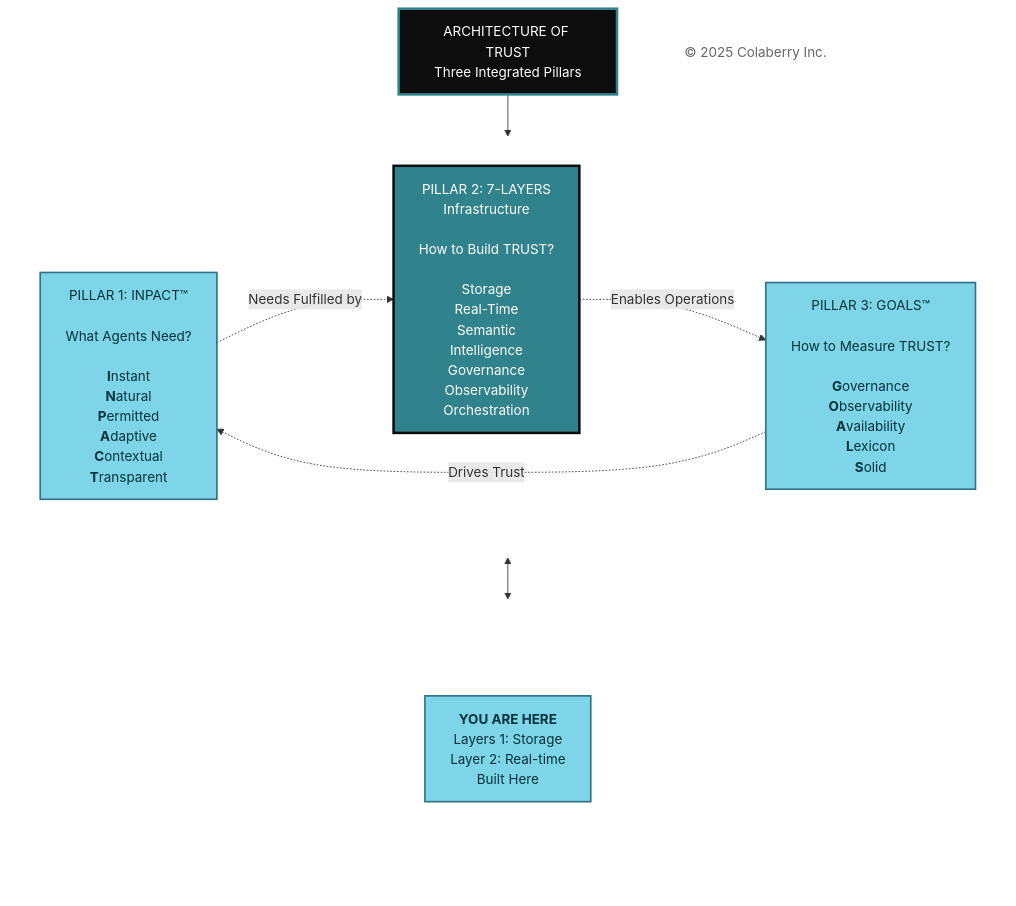
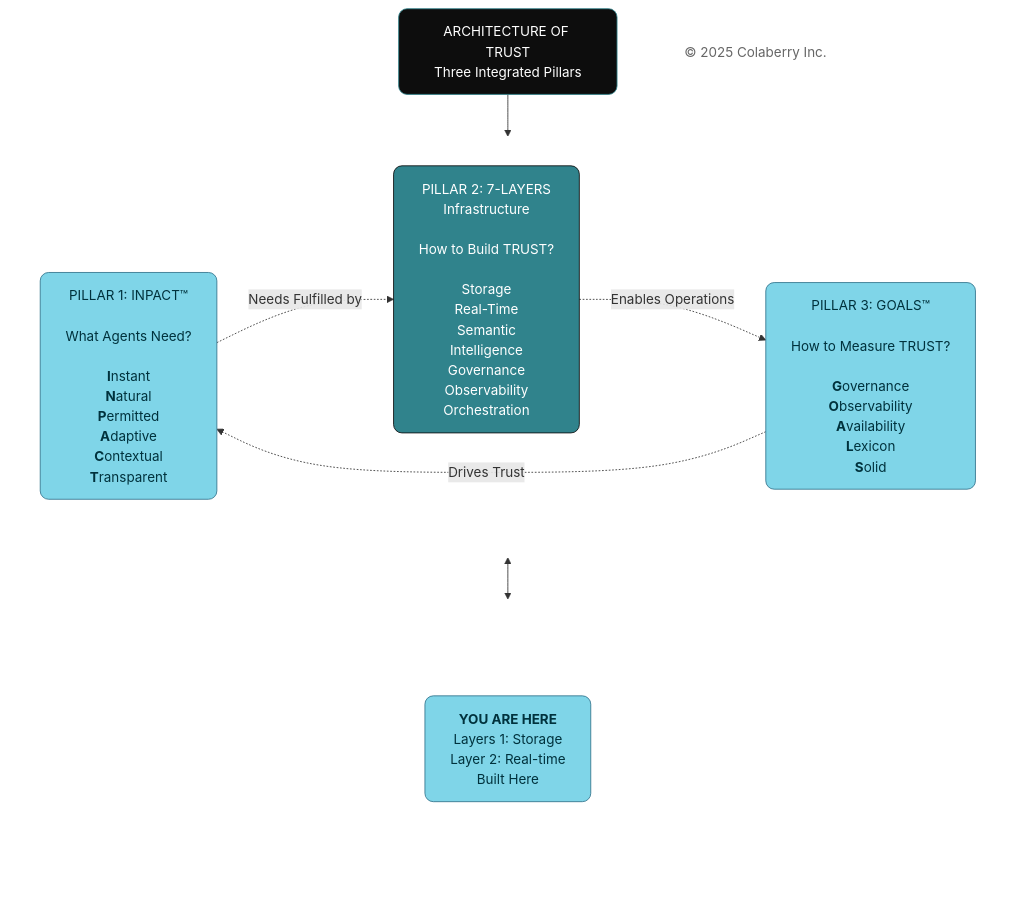
The second of 11 diagrams in manuscript/05_chapter_4_foundation_layers.md (colaberry/trust-before-intelligence-book), drawn with Mermaid before and after one commit. The commit also changed other lines of this file and 12 other files, not shown here.

````diff
--- a/manuscript/05_chapter_4_foundation_layers.md
+++ b/manuscript/05_chapter_4_foundation_layers.md
@@ -54,43 +54,43 @@
 ```mermaid
 
 graph TB
     Title["ARCHITECTURE OF TRUST<br/>Three Integrated Pillars"]
     
     subgraph PILLARS[" "]
         direction LR
         INPACT["`PILLAR 1: INPACT™<br/><br/>What Agents Need?<br/><br/>**I**nstant<br/>**N**atural<br/>**P**ermitted<br/>**A**daptive<br/>**C**ontextual<br/>**T**ransparent`"]
         
         Layers["PILLAR 2: 7-LAYERS<br/>Infrastructure<br/><br/>How to Build TRUST?<br/><br/>Storage<br/>Real-Time<br/>Semantic<br/>Intelligence<br/>Governance<br/>Observability<br/>Orchestration"]
         
         GOALS["`PILLAR 3: GOALS™<br/><br/>How to Measure TRUST?<br/><br/>**G**overnance<br/>**O**bservability<br/>**A**vailability<br/>**L**exicon<br/>**S**olid`"]
     end
     
     subgraph INDICATOR[" "]
         direction LR
         Spacer1[" "]
         YouAreHere["<b>YOU ARE HERE</b><br/>Layers 1: Storage <br/> Layer 2: Real-time<br/> Built Here"]
         Spacer2[" "]
     end
     
     Copyright["© 2025 Colaberry Inc."]
     
     Title --> PILLARS
     PILLARS <--> INDICATOR
     
     INPACT -.->|"Needs Fulfilled by"| Layers
     Layers -.->|"Enables Operations"| GOALS
     GOALS -.->|"Drives Trust"| INPACT
 
-    style Title fill:#0D0D0D,color:#ffffff,stroke:#30838C,stroke-width:3px
-    style PILLARS fill:none,stroke:none
-    style INDICATOR fill:none,stroke:none
-    style INPACT fill:#7FD5E8,stroke:#32738C,stroke-width:2px,color:#00323D
-    style Layers fill:#30838C,stroke:#0D0D0D,stroke-width:3px,color:#ffffff
-    style GOALS fill:#7FD5E8,stroke:#32738C,stroke-width:2px,color:#00323D
-    style Spacer1 fill:none,stroke:none,color:transparent
-    style YouAreHere fill:#7FD5E8,stroke:#32738C,stroke-width:2px,color:#00323D
-    style Spacer2 fill:none,stroke:none,color:transparent
-    style Copyright fill:#ffffff,stroke:none,color:#666666
+    style Title fill:#0D0D0D,color:#ffffff,stroke:#30838C,stroke-width:1px,rx:10,ry:10
+    style PILLARS fill:none,stroke:none,rx:10,ry:10
+    style INDICATOR fill:none,stroke:none,rx:10,ry:10
+    style INPACT fill:#7FD5E8,stroke:#32738C,stroke-width:1px,color:#00323D,rx:10,ry:10
+    style Layers fill:#30838C,stroke:#0D0D0D,stroke-width:1px,color:#ffffff,rx:10,ry:10
+    style GOALS fill:#7FD5E8,stroke:#32738C,stroke-width:1px,color:#00323D,rx:10,ry:10
+    style Spacer1 fill:none,stroke:none,color:transparent,rx:10,ry:10
+    style YouAreHere fill:#7FD5E8,stroke:#32738C,stroke-width:1px,color:#00323D,rx:10,ry:10
+    style Spacer2 fill:none,stroke:none,color:transparent,rx:10,ry:10
+    style Copyright fill:none,stroke:none,color:#666666
 
 
 ```
````
